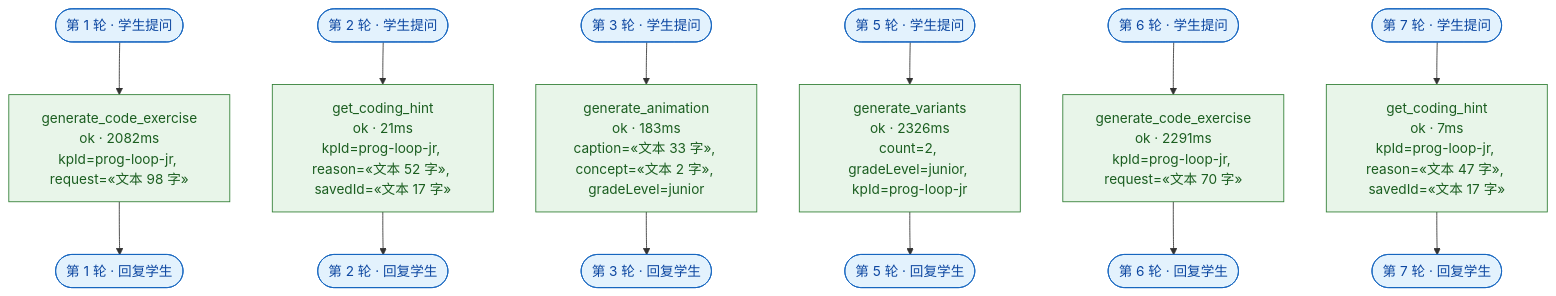
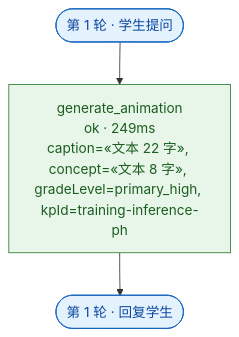
One commit to IceFireIcer/K12AgentProject changed the diagram in docs/tool-trace.md. Above: the diagram before and after it, drawn with Mermaid. The commit also changed other lines of this file and 149 other files, not shown here.

````diff
--- a/docs/tool-trace.md
+++ b/docs/tool-trace.md
@@ -11,28 +11,13 @@
 ```mermaid
 flowchart TD
   %% 由 desktop/src/main/agent/trace.ts 自动生成，请勿手改
-  %% 生成时间：2026-09-26T07:21:14.395Z｜轮数：7｜调用：6 次
+  %% 生成时间：2026-09-26T17:55:53.693Z｜轮数：1｜调用：1 次
   %% 参数只记摘要（不含原文 / 密钥 / 学生个人信息）
   classDef turn fill:#e3f2fd,stroke:#1565c0,stroke-width:1px,color:#0d47a1
   classDef ok fill:#e8f5e9,stroke:#2e7d32,stroke-width:1px,color:#1b5e20
   classDef fail fill:#ffebee,stroke:#c62828,stroke-width:1px,color:#b71c1c
   classDef blocked fill:#fff8e1,stroke:#f9a825,stroke-width:1px,color:#795548
   T1_START(["第 1 轮 · 学生提问"]):::turn
-  T1_START --> T1_C_1["generate_code_exercise<br/>ok · 2082ms<br/>kpId=prog-loop-jr, request=«文本 98 字»"]:::ok
+  T1_START --> T1_C_1["generate_animation<br/>ok · 249ms<br/>caption=«文本 22 字», concept=«文本 8 字», gradeLevel=primary_high, kpId=training-inference-ph"]:::ok
   T1_C_1 --> T1_END(["第 1 轮 · 回复学生"]):::turn
-  T2_START(["第 2 轮 · 学生提问"]):::turn
-  T2_START --> T2_C_2["get_coding_hint<br/>ok · 21ms<br/>kpId=prog-loop-jr, reason=«文本 52 字», savedId=«文本 17 字»"]:::ok
-  T2_C_2 --> T2_END(["第 2 轮 · 回复学生"]):::turn
-  T3_START(["第 3 轮 · 学生提问"]):::turn
-  T3_START --> T3_C_3["generate_animation<br/>ok · 183ms<br/>caption=«文本 33 字», concept=«文本 2 字», gradeLevel=junior"]:::ok
-  T3_C_3 --> T3_END(["第 3 轮 · 回复学生"]):::turn
-  T5_START(["第 5 轮 · 学生提问"]):::turn
-  T5_START --> T5_C_4["generate_variants<br/>ok · 2326ms<br/>count=2, gradeLevel=junior, kpId=prog-loop-jr"]:::ok
-  T5_C_4 --> T5_END(["第 5 轮 · 回复学生"]):::turn
-  T6_START(["第 6 轮 · 学生提问"]):::turn
-  T6_START --> T6_C_5["generate_code_exercise<br/>ok · 2291ms<br/>kpId=prog-loop-jr, request=«文本 70 字»"]:::ok
-  T6_C_5 --> T6_END(["第 6 轮 · 回复学生"]):::turn
-  T7_START(["第 7 轮 · 学生提问"]):::turn
-  T7_START --> T7_C_6["get_coding_hint<br/>ok · 7ms<br/>kpId=prog-loop-jr, reason=«文本 47 字», savedId=«文本 17 字»"]:::ok
-  T7_C_6 --> T7_END(["第 7 轮 · 回复学生"]):::turn
 ```
````
